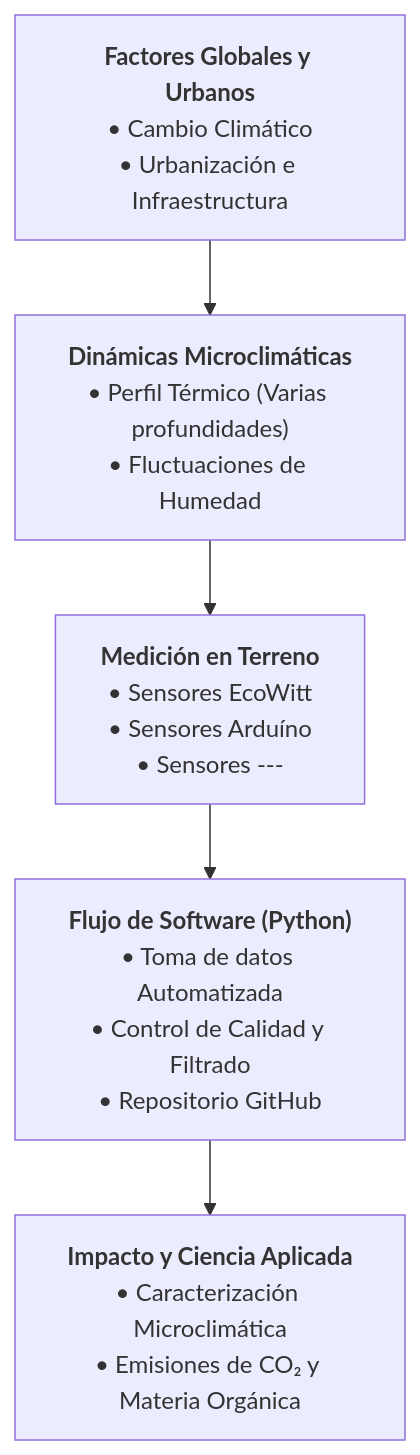
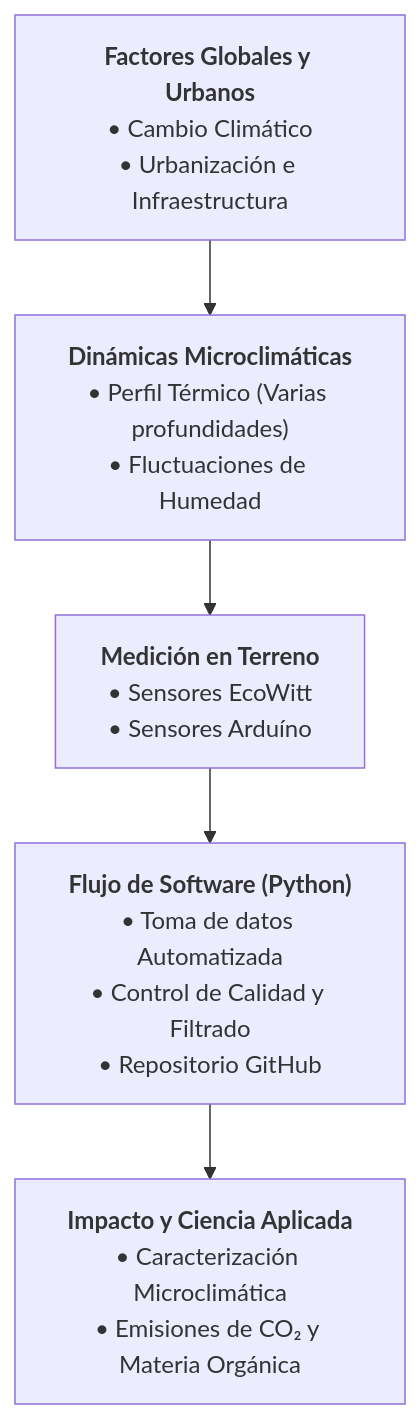
Before and after one commit to pblovargass/ecowitt-instructions: the diagram in README.md, drawn with Mermaid. The commit also changed other lines of this file, not shown here.

````diff
--- a/README.md
+++ b/README.md
@@ -13,8 +14,8 @@
 ```mermaid
 graph TD
     A["<b>Factores Globales y Urbanos</b><br/>• Cambio Climático<br/>• Urbanización e Infraestructura"] --> B
     B["<b>Dinámicas Microclimáticas</b><br/>• Perfil Térmico (Varias profundidades)<br/>• Fluctuaciones de Humedad"] --> C
-    C["<b>Medición en Terreno</b><br/>• Sensores EcoWitt<br/>• Sensores Arduíno<br/>• Sensores ---"] --> D
+    C["<b>Medición en Terreno</b><br/>• Sensores EcoWitt<br/>• Sensores Arduíno"] --> D
     D["<b>Flujo de Software (Python)</b><br/>• Toma de datos Automatizada<br/>• Control de Calidad y Filtrado<br/>• Repositorio GitHub"] --> E
     E["<b>Impacto y Ciencia Aplicada</b><br/>• Caracterización Microclimática<br/>• Emisiones de CO₂ y Materia Orgánica"]
 ```
````
